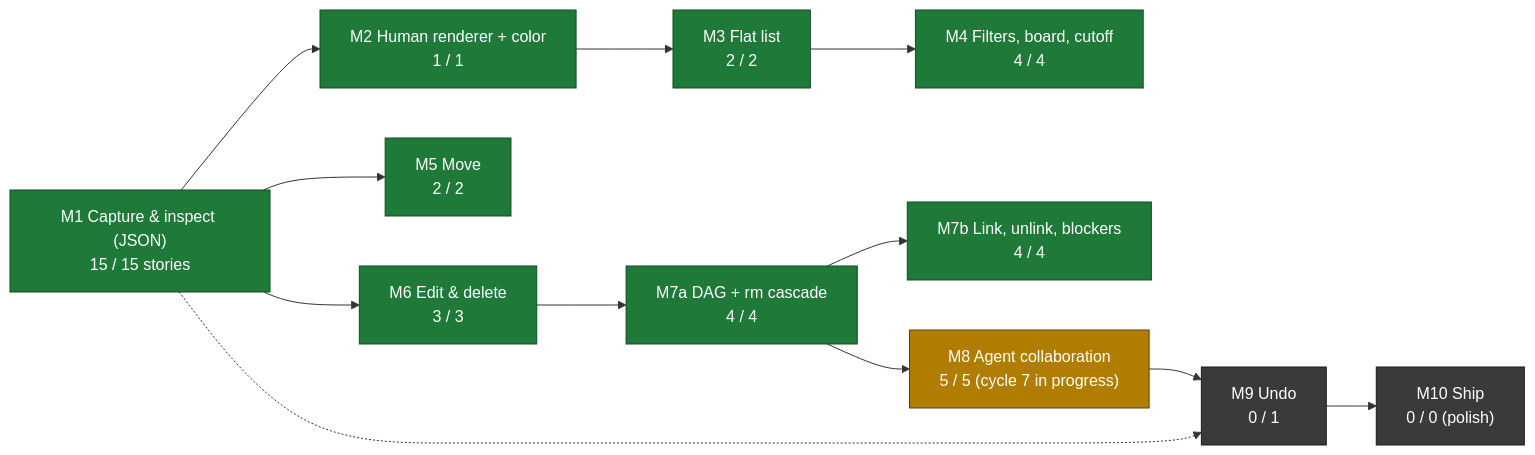
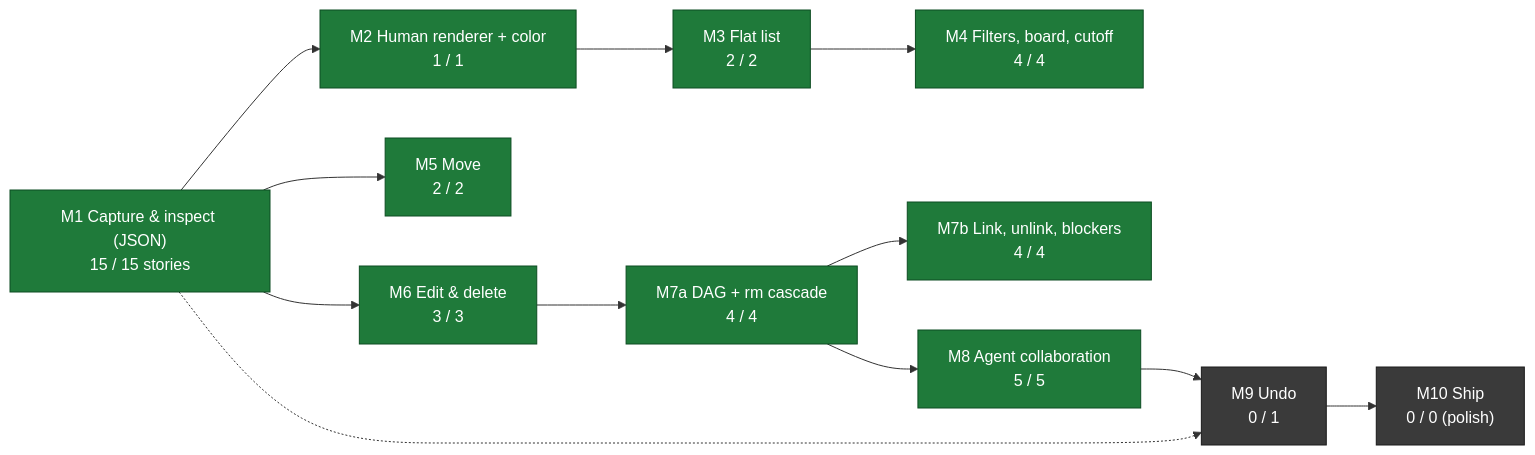
The diagram in MILESTONES.md (andreiRS/tasks), drawn with Mermaid before and after one commit.

Commit message:
docs: mark M8 as done

````diff
--- a/MILESTONES.md
+++ b/MILESTONES.md
@@ -7,24 +7,24 @@
 ```mermaid
 flowchart LR
     M1["M1 Capture &amp; inspect (JSON)<br/>15 / 15 stories"]:::done
     M2["M2 Human renderer + color<br/>1 / 1"]:::done
     M3["M3 Flat list<br/>2 / 2"]:::done
     M4["M4 Filters, board, cutoff<br/>4 / 4"]:::done
     M5["M5 Move<br/>2 / 2"]:::done
     M6["M6 Edit &amp; delete<br/>3 / 3"]:::done
     M7a["M7a DAG + rm cascade<br/>4 / 4"]:::done
     M7b["M7b Link, unlink, blockers<br/>4 / 4"]:::done
-    M8["M8 Agent collaboration<br/>5 / 5 (cycle 7 in progress)"]:::wip
+    M8["M8 Agent collaboration<br/>5 / 5"]:::done
     M9["M9 Undo<br/>0 / 1"]:::todo
     M10["M10 Ship<br/>0 / 0 (polish)"]:::todo
 
     M1 --> M2 --> M3 --> M4
     M1 --> M5
     M1 --> M6 --> M7a --> M7b
     M7a --> M8 --> M9 --> M10
     M1 -.-> M9
 
     classDef done fill:#1f7a3a,stroke:#0d4d22,color:#fff;
     classDef wip fill:#b07d00,stroke:#5e4300,color:#fff;
     classDef todo fill:#3a3a3a,stroke:#1a1a1a,color:#fff;
 ```
````
